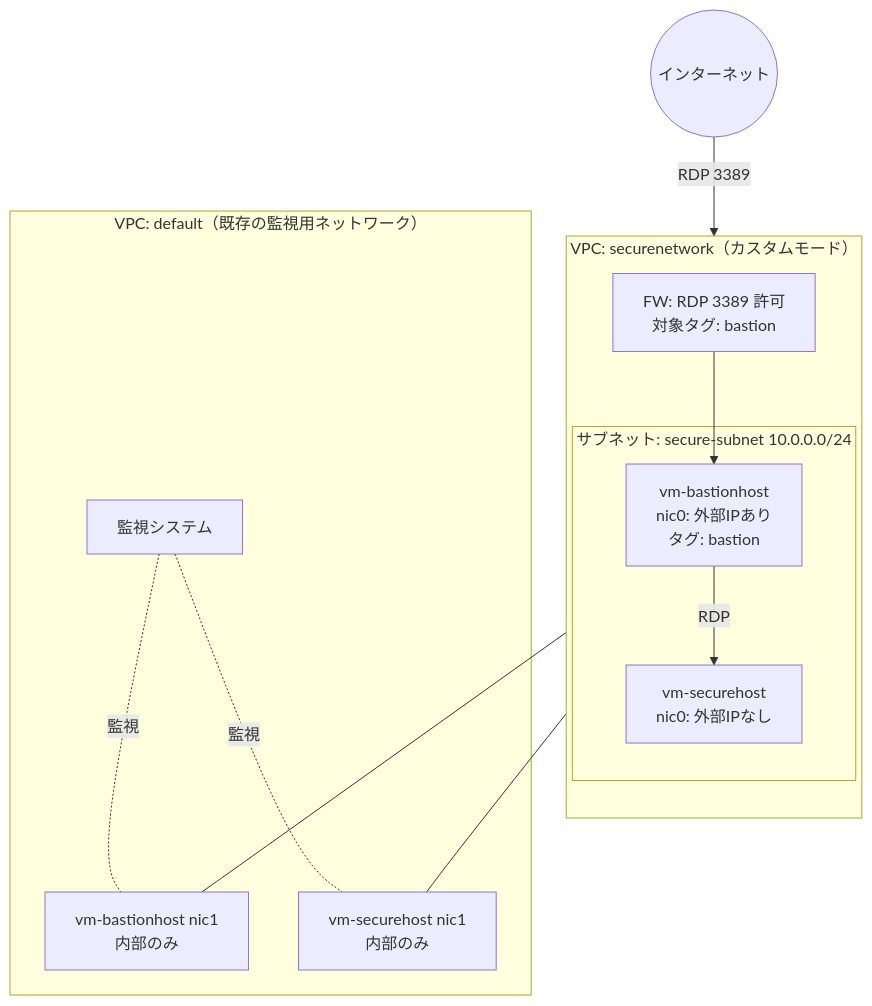
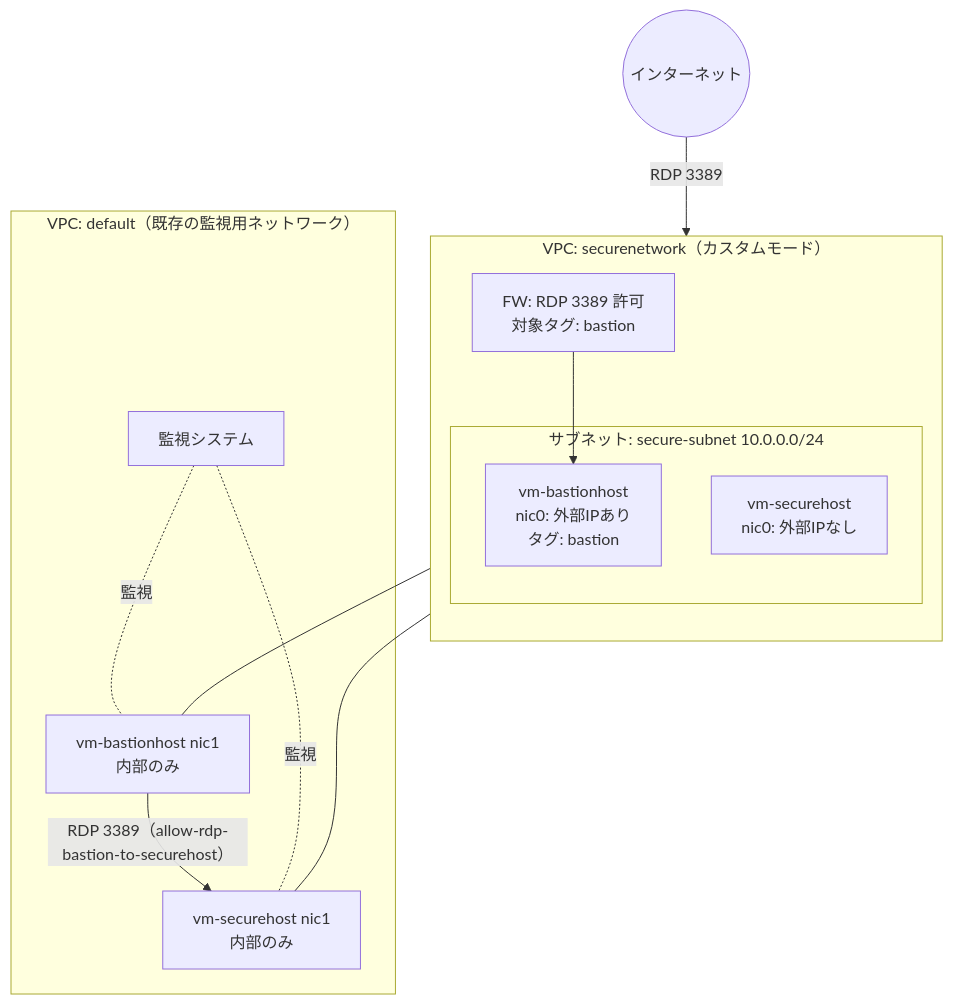
The second of 11 diagrams in Gcp-secure-windows-bastion-guide.md (myoshi2891/Cloud-Infrastructure-and-Network-Studies), drawn with Mermaid before and after one commit. The commit also changed other lines of this file and 2 other files, not shown here.

````diff
--- a/Gcp-secure-windows-bastion-guide.md
+++ b/Gcp-secure-windows-bastion-guide.md
@@ -106,27 +106,27 @@
 ```mermaid
 flowchart TB
     Internet((インターネット))
 
     subgraph SN["VPC: securenetwork（カスタムモード）"]
         direction TB
         FW["FW: RDP 3389 許可<br/>対象タグ: bastion"]
         subgraph SUB["サブネット: secure-subnet 10.0.0.0/24"]
             BH["vm-bastionhost<br/>nic0: 外部IPあり<br/>タグ: bastion"]
             SH["vm-securehost<br/>nic0: 外部IPなし"]
         end
     end
 
     subgraph DF["VPC: default（既存の監視用ネットワーク）"]
         MON["監視システム"]
         BH2["vm-bastionhost nic1<br/>内部のみ"]
         SH2["vm-securehost nic1<br/>内部のみ"]
     end
 
     Internet -->|RDP 3389| FW
     FW --> BH
-    BH -->|RDP| SH
+    BH2 -->|"RDP 3389（allow-rdp-bastion-to-securehost）"| SH2
     BH --- BH2
     SH --- SH2
     MON -.監視.- BH2
     MON -.監視.- SH2
 ```
````
